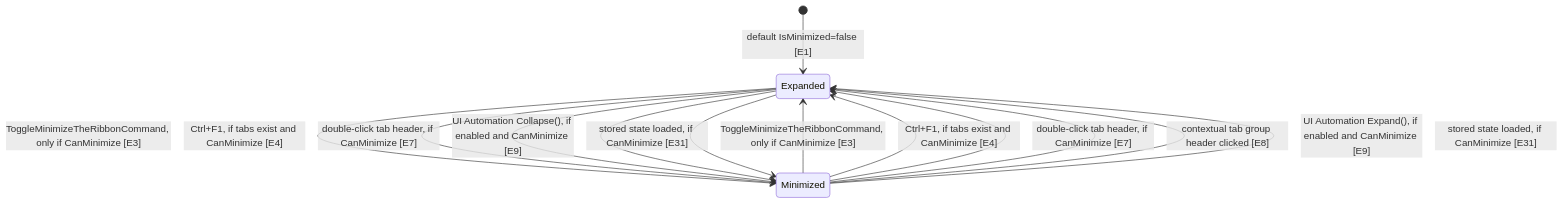
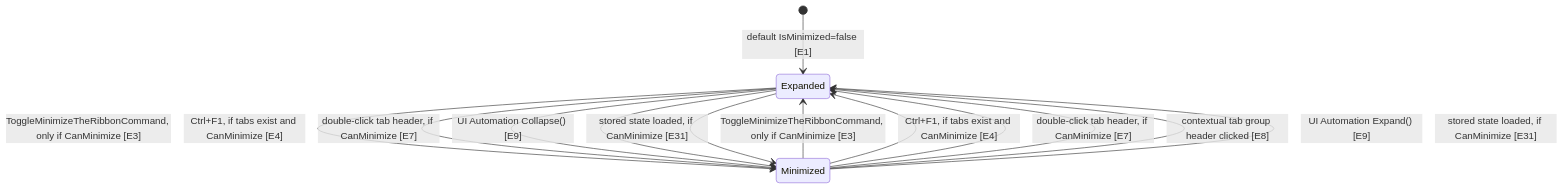
Before and after one commit to nidarian/Fluent.Ribbon: the first of 7 diagrams in .github/architecture/01-ribbon-states.md, drawn with Mermaid. The commit also changed other lines of this file, not shown here.

First line of the commit message:
Notes: 01-ribbon-states describes this checkout again, with a scope note for the fork's UI Automation changes

````diff
--- a/.github/architecture/01-ribbon-states.md
+++ b/.github/architecture/01-ribbon-states.md
@@ -9,15 +11,15 @@
 ```mermaid
 stateDiagram-v2
     [*] --> Expanded : default IsMinimized=false [E1]
     Expanded --> Minimized : ToggleMinimizeTheRibbonCommand, only if CanMinimize [E3]
     Minimized --> Expanded : ToggleMinimizeTheRibbonCommand, only if CanMinimize [E3]
     Expanded --> Minimized : Ctrl+F1, if tabs exist and CanMinimize [E4]
     Minimized --> Expanded : Ctrl+F1, if tabs exist and CanMinimize [E4]
     Expanded --> Minimized : double-click tab header, if CanMinimize [E7]
     Minimized --> Expanded : double-click tab header, if CanMinimize [E7]
     Minimized --> Expanded : contextual tab group header clicked [E8]
-    Expanded --> Minimized : UI Automation Collapse(), if enabled and CanMinimize [E9]
-    Minimized --> Expanded : UI Automation Expand(), if enabled and CanMinimize [E9]
+    Expanded --> Minimized : UI Automation Collapse() [E9]
+    Minimized --> Expanded : UI Automation Expand() [E9]
     Expanded --> Minimized : stored state loaded, if CanMinimize [E31]
     Minimized --> Expanded : stored state loaded, if CanMinimize [E31]
 ```
````
